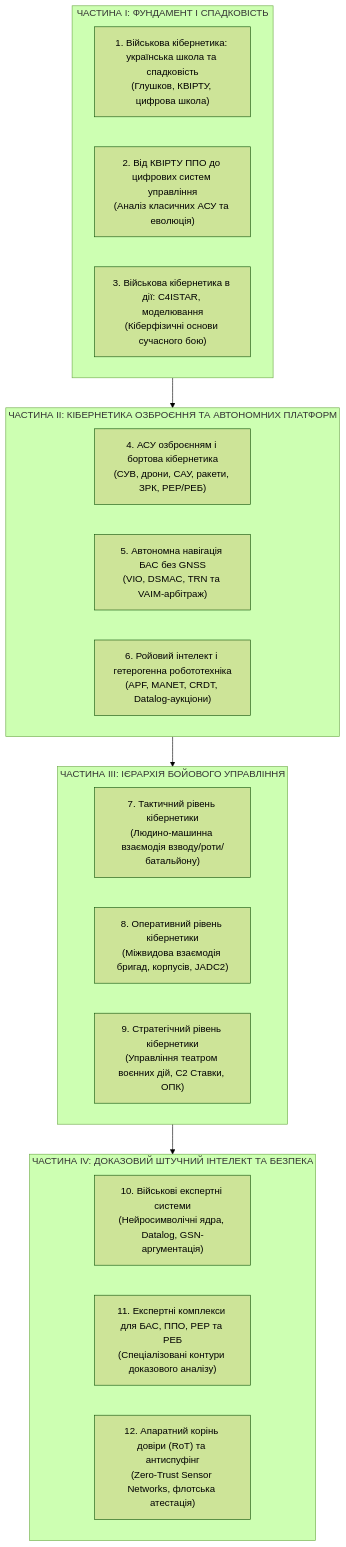
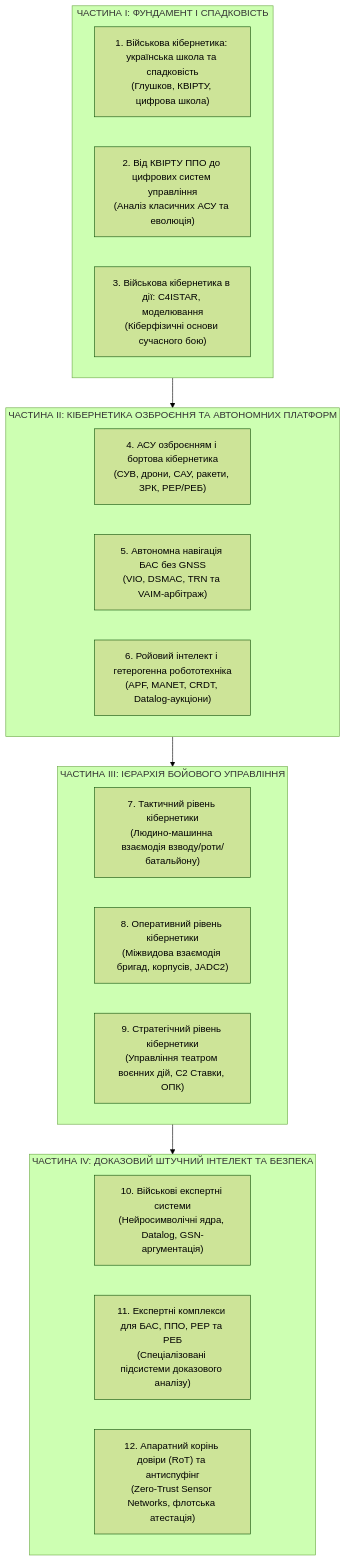
One commit to nick-fedchik/articles changed the diagram in MilTech/README.md. Above: the diagram before and after it, drawn with Mermaid (forest theme). The commit also changed other lines of this file and 10 other files, not shown here.

````diff
--- a/MilTech/README.md
+++ b/MilTech/README.md
@@ -27,30 +27,30 @@
 ```mermaid
 flowchart TD
     subgraph Part1["ЧАСТИНА I: ФУНДАМЕНТ І СПАДКОВІСТЬ"]
         CH1["1. Військова кібернетика: українська школа та спадковість\n(Глушков, КВІРТУ, цифрова школа)"]
         CH2["2. Від КВІРТУ ППО до цифрових систем управління\n(Аналіз класичних АСУ та еволюція)"]
         CH3["3. Військова кібернетика в дії: C4ISTAR, моделювання\n(Кіберфізичні основи сучасного бою)"]
     end
 
     subgraph Part2["ЧАСТИНА II: КІБЕРНЕТИКА ОЗБРОЄННЯ ТА АВТОНОМНИХ ПЛАТФОРМ"]
         CH4["4. АСУ озброєнням і бортова кібернетика\n(СУВ, дрони, САУ, ракети, ЗРК, РЕР/РЕБ)"]
         CH5["5. Автономна навігація БАС без GNSS\n(VIO, DSMAC, TRN та VAIM-арбітраж)"]
         CH6["6. Ройовий інтелект і гетерогенна робототехніка\n(APF, MANET, CRDT, Datalog-аукціони)"]
     end
 
     subgraph Part3["ЧАСТИНА III: ІЄРАРХІЯ БОЙОВОГО УПРАВЛІННЯ"]
         CH7["7. Тактичний рівень кібернетики\n(Людино-машинна взаємодія взводу/роти/батальйону)"]
         CH8["8. Оперативний рівень кібернетики\n(Міжвидова взаємодія бригад, корпусів, JADC2)"]
         CH9["9. Стратегічний рівень кібернетики\n(Управління театром воєнних дій, C2 Ставки, ОПК)"]
     end
 
     subgraph Part4["ЧАСТИНА IV: ДОКАЗОВИЙ ШТУЧНИЙ ІНТЕЛЕКТ ТА БЕЗПЕКА"]
         CH10["10. Військові експертні системи\n(Нейросимволічні ядра, Datalog, GSN-аргументація)"]
-        CH11["11. Експертні комплекси для БАС, ППО, РЕР та РЕБ\n(Спеціалізовані контури доказового аналізу)"]
+        CH11["11. Експертні комплекси для БАС, ППО, РЕР та РЕБ\n(Спеціалізовані підсистеми доказового аналізу)"]
         CH12["12. Апаратний корінь довіри (RoT) та антиспуфінг\n(Zero-Trust Sensor Networks, флотська атестація)"]
     end
 
     Part1 --> Part2
     Part2 --> Part3
     Part3 --> Part4
 ```
````
